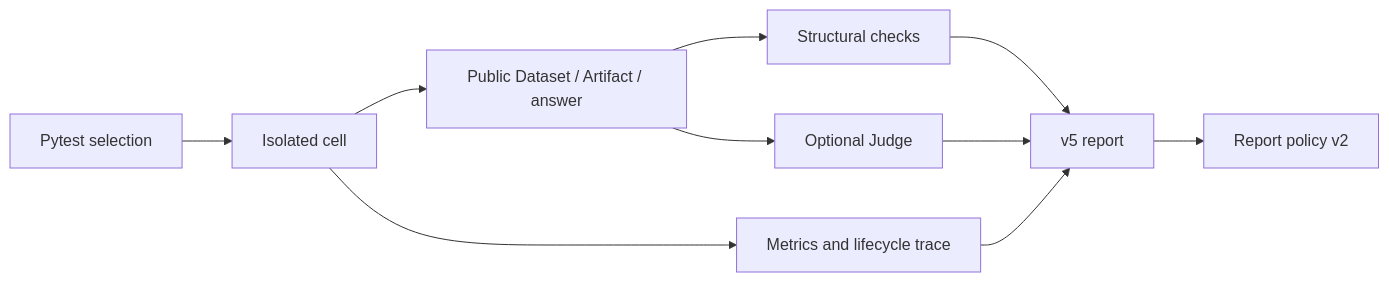
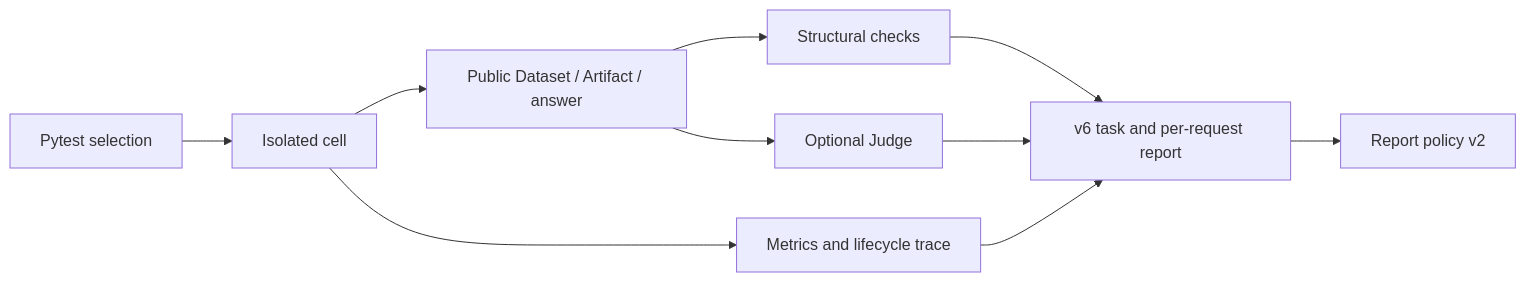
Before and after one commit to xiaoland/Xenix: the diagram in docs/30-unit-tdd/agent-harness-benchmark.md, drawn with Mermaid. The commit also changed other lines of this file and 95 other files, not shown here.

````diff
--- a/docs/30-unit-tdd/agent-harness-benchmark.md
+++ b/docs/30-unit-tdd/agent-harness-benchmark.md
@@ -13,12 +15,12 @@
 ```mermaid
 flowchart LR
     P[Pytest selection] --> C[Isolated cell]
     C --> O[Public Dataset / Artifact / answer]
     O --> D[Structural checks]
     O --> J[Optional Judge]
-    D --> R[v5 report]
+    D --> R[v6 task and per-request report]
     J --> R
     C --> T[Metrics and lifecycle trace]
     T --> R
     R --> E[Report policy v2]
 ```
````
